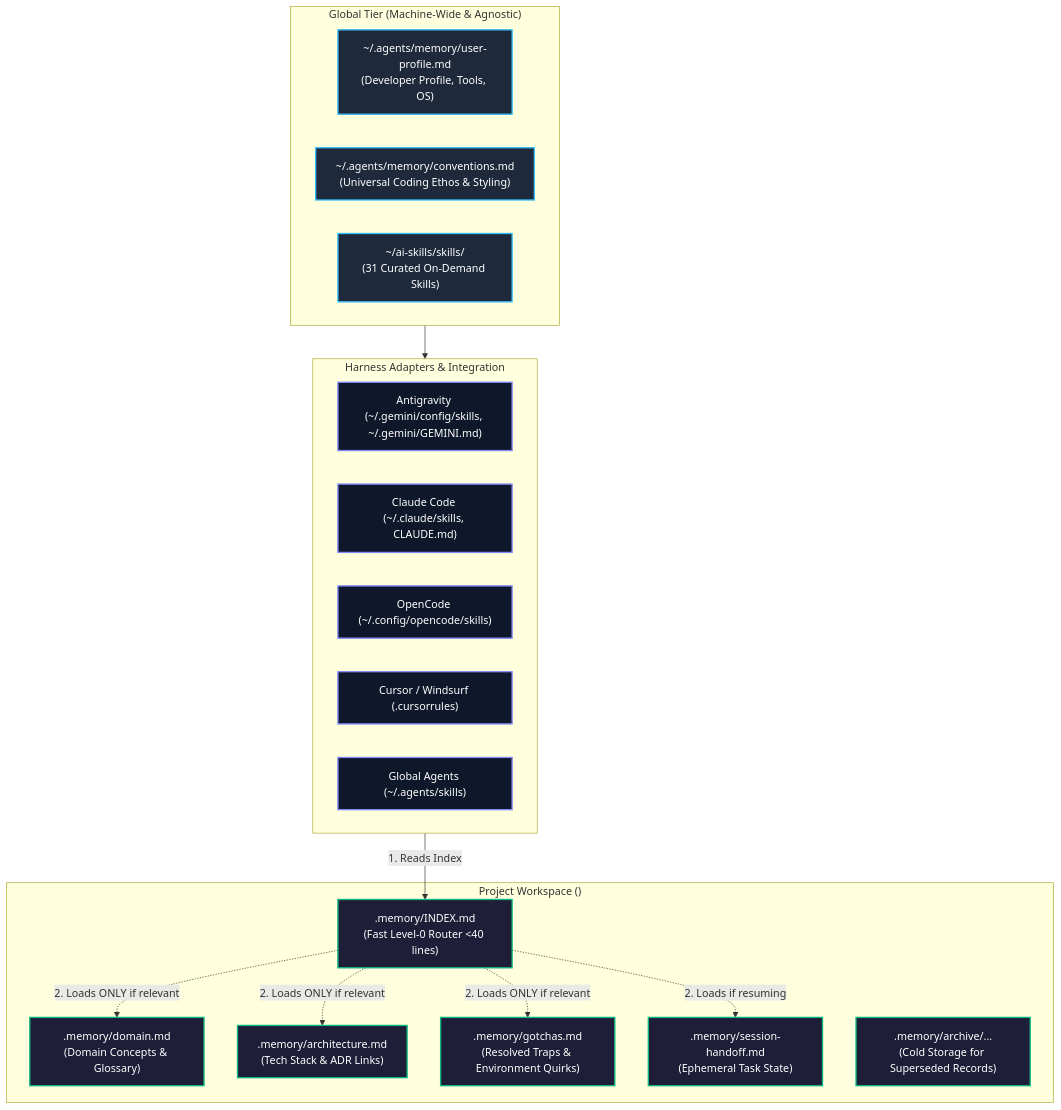
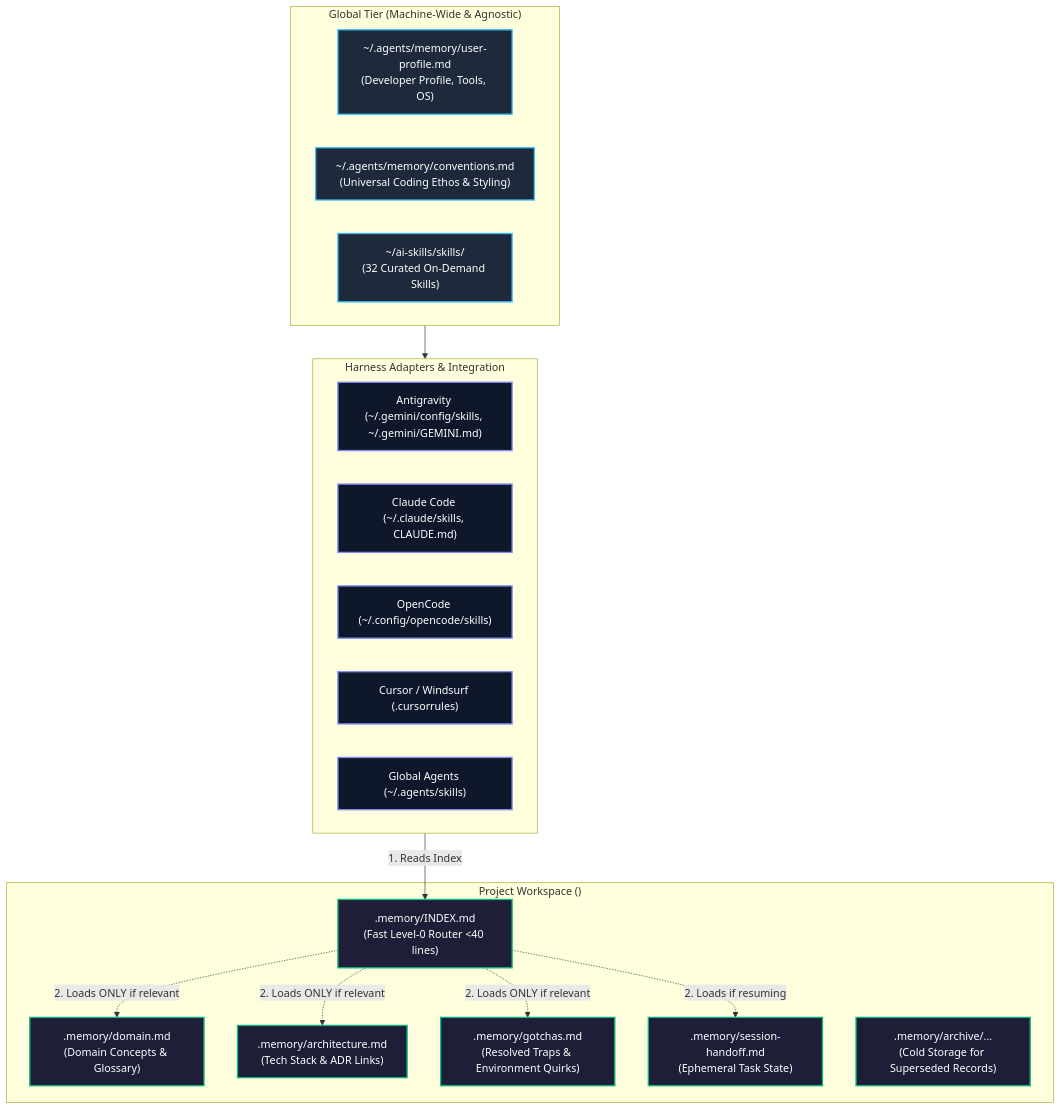
The diagram in README.md (hvtrk/ai-skills), drawn with Mermaid before and after one commit. The commit also changed other lines of this file and 8 other files, not shown here.

````diff
--- a/README.md
+++ b/README.md
@@ -28,39 +28,39 @@
 ```mermaid
 flowchart TD
     subgraph GlobalTier["Global Tier (Machine-Wide & Agnostic)"]
         GP["~/.agents/memory/user-profile.md<br/>(Developer Profile, Tools, OS)"]
         GC["~/.agents/memory/conventions.md<br/>(Universal Coding Ethos & Styling)"]
-        GS["~/ai-skills/skills/<br/>(31 Curated On-Demand Skills)"]
+        GS["~/ai-skills/skills/<br/>(32 Curated On-Demand Skills)"]
     end
 
     subgraph Harnesses["Harness Adapters & Integration"]
         AG["Antigravity (~/.gemini/config/skills, ~/.gemini/GEMINI.md)"]
         CC["Claude Code (~/.claude/skills, CLAUDE.md)"]
         OC["OpenCode (~/.config/opencode/skills)"]
         CR["Cursor / Windsurf (.cursorrules)"]
         GA["Global Agents (~/.agents/skills)"]
     end
 
     subgraph ProjectWorkspace["Project Workspace (<project-root>)"]
         IDX[".memory/INDEX.md<br/>(Fast Level-0 Router <40 lines)"]
         DOM[".memory/domain.md<br/>(Domain Concepts & Glossary)"]
         ARC[".memory/architecture.md<br/>(Tech Stack & ADR Links)"]
         GOT[".memory/gotchas.md<br/>(Resolved Traps & Environment Quirks)"]
         SES[".memory/session-handoff.md<br/>(Ephemeral Task State)"]
         ACH[".memory/archive/...<br/>(Cold Storage for Superseded Records)"]
     end
 
     GlobalTier --> Harnesses
     Harnesses -->|1. Reads Index| IDX
     IDX -.->|2. Loads ONLY if relevant| DOM
     IDX -.->|2. Loads ONLY if relevant| ARC
     IDX -.->|2. Loads ONLY if relevant| GOT
     IDX -.->|2. Loads if resuming| SES
 
     classDef global fill:#1e293b,stroke:#38bdf8,stroke-width:2px,color:#fff;
     classDef harness fill:#0f172a,stroke:#818cf8,stroke-width:2px,color:#fff;
     classDef project fill:#1e1e38,stroke:#10b981,stroke-width:2px,color:#fff;
     class GP,GC,GS global;
     class AG,CC,OC,CR,GA harness;
     class IDX,DOM,ARC,GOT,SES,ACH project;
 ```
````
